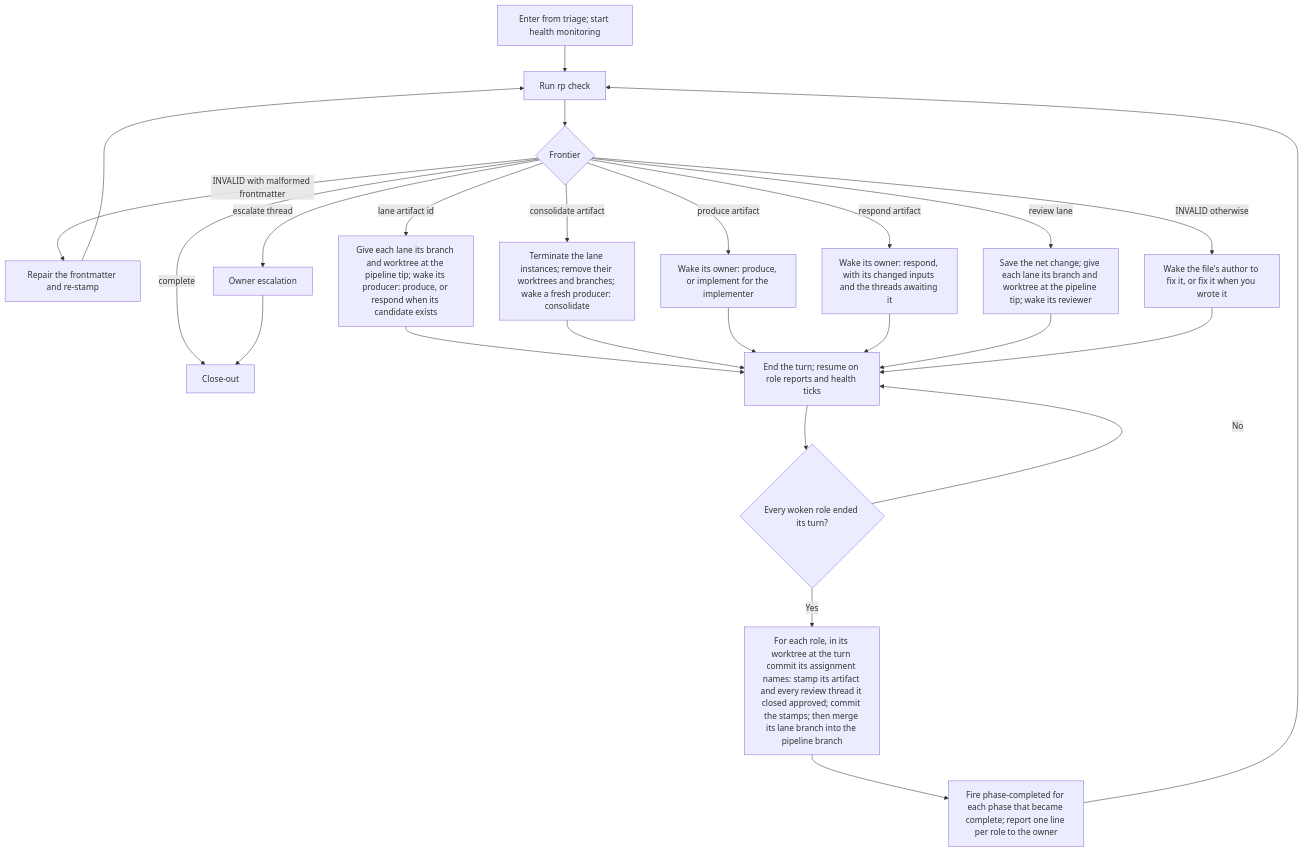
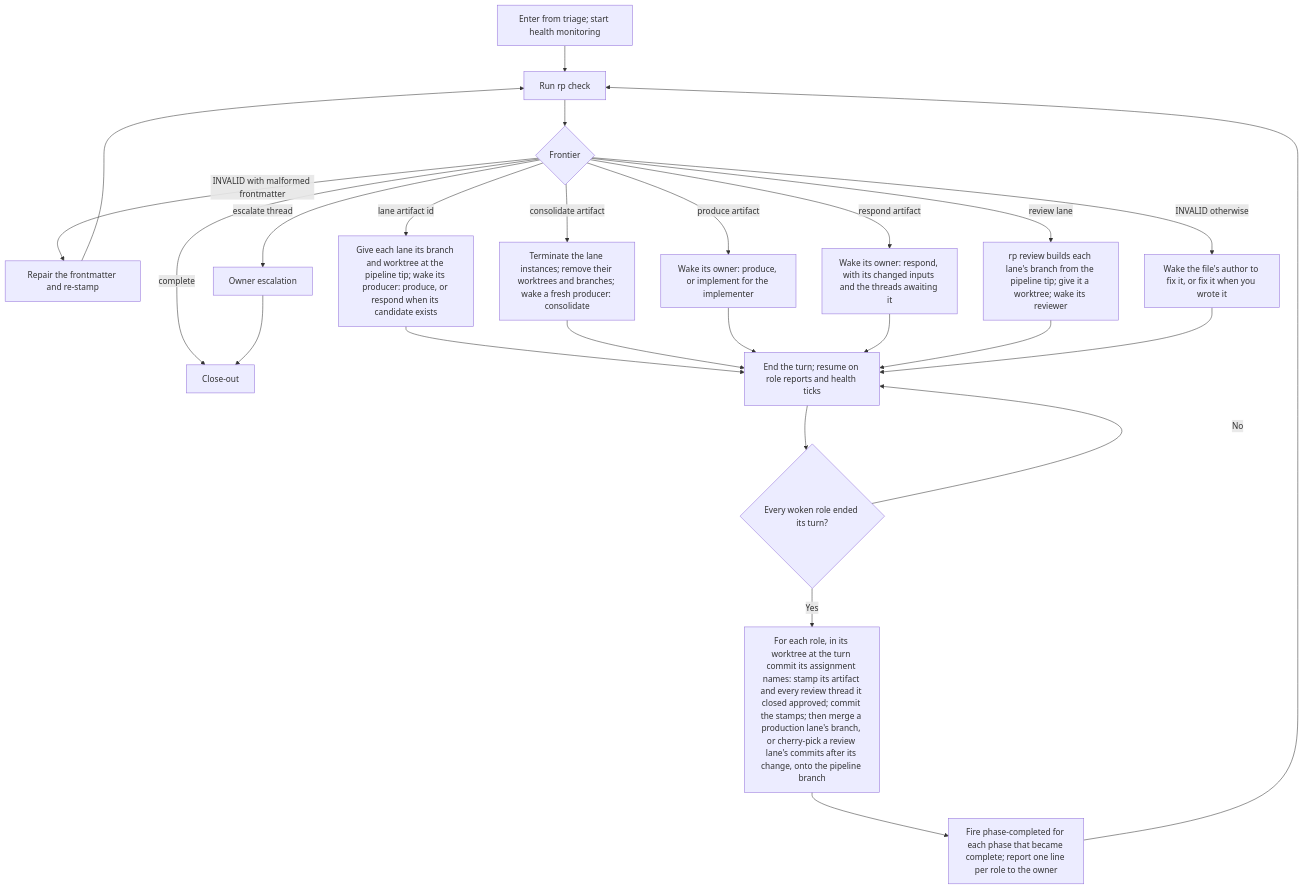
The diagram in docs/flowcharts/loop.md (Automattic/radical-pipelines), drawn with Mermaid before and after one commit. The commit also changed 11 other files, not shown here.

Commit message:
Build each review lane's branch from the pipeline tip with rp review, and land its commits by cherry-pick (assisted)

````diff
--- a/docs/flowcharts/loop.md
+++ b/docs/flowcharts/loop.md
@@ -5,27 +5,27 @@
 ```mermaid
 flowchart TD
     START["Enter from triage; start health monitoring"] --> A["Run rp check"]
     A --> C{"Frontier"}
     C -->|INVALID with malformed frontmatter| FM["Repair the frontmatter and re-stamp"]
     C -->|INVALID otherwise| AUTHOR["Wake the file's author to fix it, or fix it when you wrote it"]
     C -->|escalate thread| OE["Owner escalation"]
     C -->|lane artifact id| LANE["Give each lane its branch and worktree at the pipeline tip; wake its producer: produce, or respond when its candidate exists"]
     C -->|consolidate artifact| CON["Terminate the lane instances; remove their worktrees and branches; wake a fresh producer: consolidate"]
     C -->|produce artifact| PRODUCE["Wake its owner: produce, or implement for the implementer"]
     C -->|respond artifact| RESPOND["Wake its owner: respond, with its changed inputs and the threads awaiting it"]
-    C -->|review lane| REVIEW["Save the net change; give each lane its branch and worktree at the pipeline tip; wake its reviewer"]
+    C -->|review lane| REVIEW["rp review builds each lane's branch from the pipeline tip; give it a worktree; wake its reviewer"]
     C -->|complete| CLOSE["Close-out"]
     OE --> CLOSE
     FM --> A
     LANE --> WAIT
     CON --> WAIT
     PRODUCE --> WAIT
     RESPOND --> WAIT
     REVIEW --> WAIT
     AUTHOR --> WAIT
     WAIT["End the turn; resume on role reports and health ticks"] --> ENDED{"Every woken role ended its turn?"}
     ENDED -->|No| WAIT
-    ENDED -->|Yes| LAND["For each role, in its worktree at the turn commit its assignment names: stamp its artifact and every review thread it closed approved; commit the stamps; then merge its lane branch into the pipeline branch"]
+    ENDED -->|Yes| LAND["For each role, in its worktree at the turn commit its assignment names: stamp its artifact and every review thread it closed approved; commit the stamps; then merge a production lane's branch, or cherry-pick a review lane's commits after its change, onto the pipeline branch"]
     LAND --> PC["Fire phase-completed for each phase that became complete; report one line per role to the owner"]
     PC --> A
 ```
````
